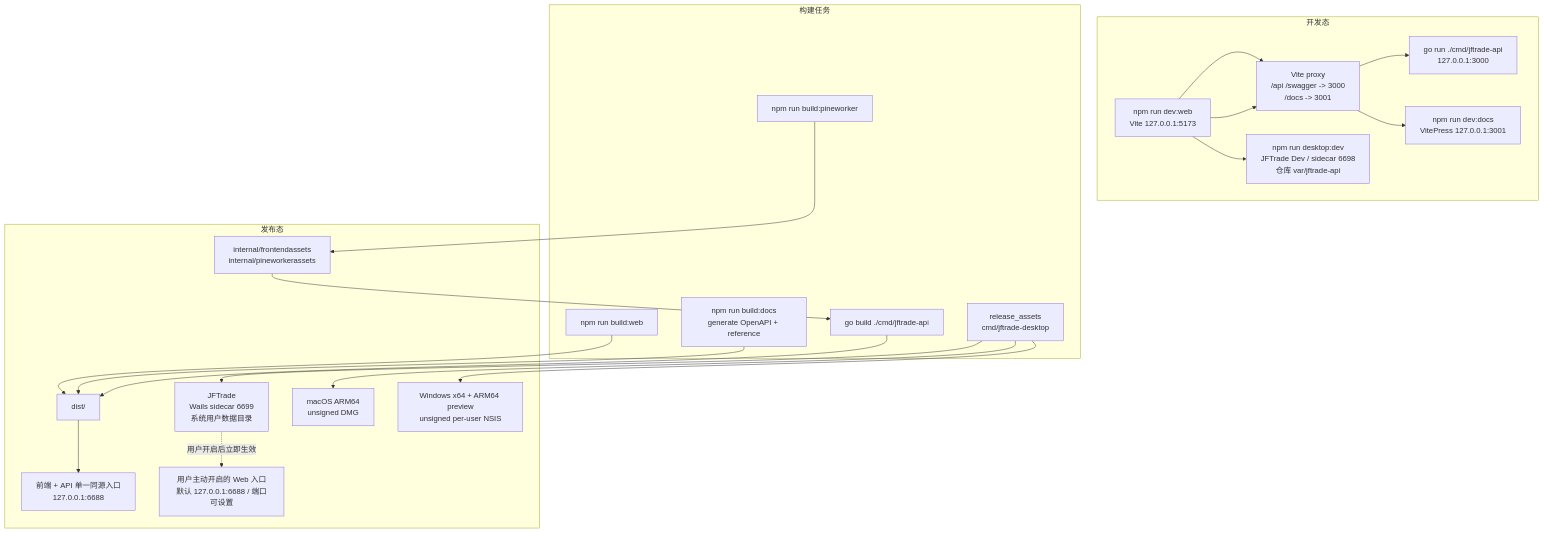
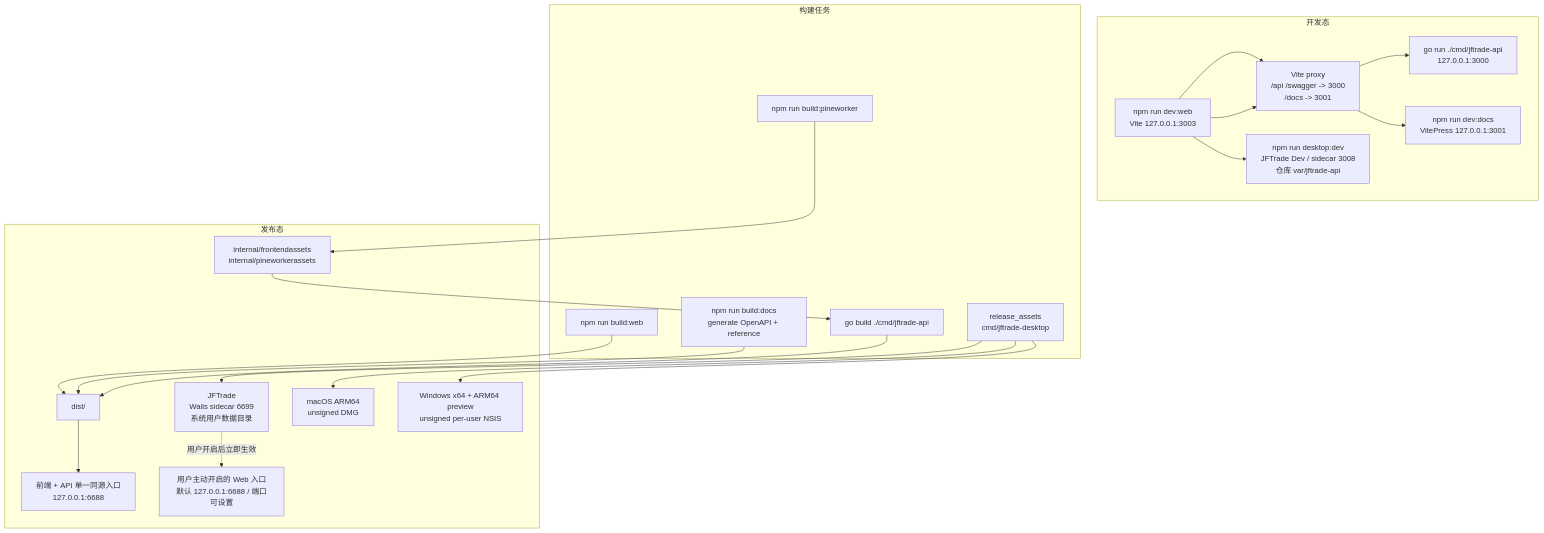
The third of 3 diagrams in docs/architecture-mermaid.md (Dennishaha/JFTrade), drawn with Mermaid before and after one commit. The commit also changed 29 other files, not shown here.

````diff
--- a/docs/architecture-mermaid.md
+++ b/docs/architecture-mermaid.md
@@ -204,44 +204,44 @@
 ```mermaid
 flowchart TB
     subgraph Dev["开发态"]
         DevAPI["go run ./cmd/jftrade-api<br/>127.0.0.1:3000"]
-        DevWeb["npm run dev:web<br/>Vite 127.0.0.1:5173"]
+        DevWeb["npm run dev:web<br/>Vite 127.0.0.1:3003"]
         DevDocs["npm run dev:docs<br/>VitePress 127.0.0.1:3001"]
         Proxy["Vite proxy<br/>/api /swagger -> 3000<br/>/docs -> 3001"]
-        DesktopDev["npm run desktop:dev<br/>JFTrade Dev / sidecar 6698<br/>仓库 var/jftrade-api"]
+        DesktopDev["npm run desktop:dev<br/>JFTrade Dev / sidecar 3008<br/>仓库 var/jftrade-api"]
     end
 
     subgraph Build["构建任务"]
         BuildWeb["npm run build:web"]
         BuildDocs["npm run build:docs<br/>generate OpenAPI + reference"]
         BuildWorker["npm run build:pineworker"]
         BuildAPI["go build ./cmd/jftrade-api"]
         BuildDesktop["release_assets<br/>cmd/jftrade-desktop"]
     end
 
     subgraph Release["发布态"]
         Dist["dist/"]
         GUI["前端 + API 单一同源入口<br/>127.0.0.1:6688"]
         EmbeddedAssets["internal/frontendassets<br/>internal/pineworkerassets"]
         DesktopProduct["JFTrade<br/>Wails sidecar 6699<br/>系统用户数据目录"]
         OptionalWeb["用户主动开启的 Web 入口<br/>默认 127.0.0.1:6688 / 端口可设置"]
         MacDMG["macOS ARM64<br/>unsigned DMG"]
         WinNSIS["Windows x64 + ARM64 preview<br/>unsigned per-user NSIS"]
     end
 
     DevWeb --> Proxy --> DevAPI
     DevWeb --> Proxy --> DevDocs
     DevWeb --> DesktopDev
 
     BuildWeb --> Dist
     BuildDocs --> Dist
     BuildWorker --> EmbeddedAssets
     BuildAPI --> Dist
     BuildDesktop --> MacDMG
     BuildDesktop --> WinNSIS
     BuildDesktop --> DesktopProduct
     DesktopProduct -. 用户开启后立即生效 .-> OptionalWeb
     EmbeddedAssets --> BuildAPI
 
     Dist --> GUI
 ```
````
